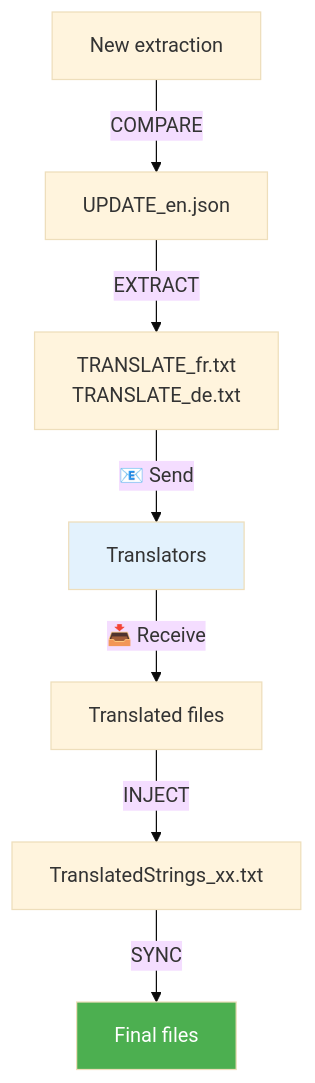
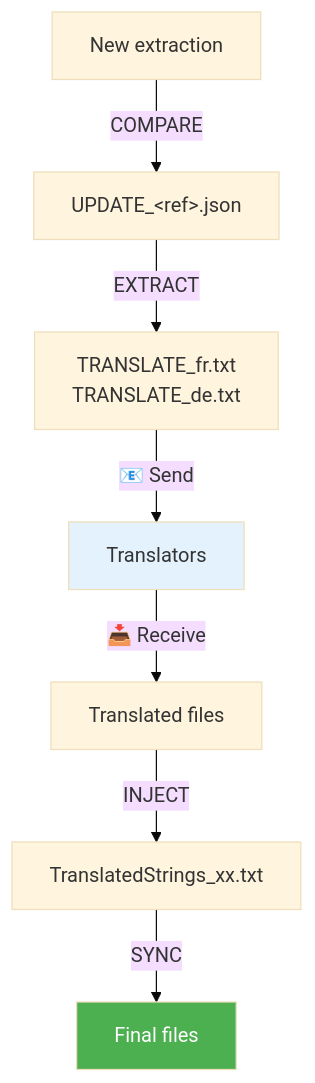
One commit to Gotcha26/Adobe_Lightroom_Translation_Plugins_Kit changed the tenth of 10 diagrams in tools/translator/__doc__/en/Translator_en.md. Above: the diagram before and after it, drawn with Mermaid (base theme). The commit also changed other lines of this file and 28 other files, not shown here.

````diff
--- a/tools/translator/__doc__/en/Translator_en.md
+++ b/tools/translator/__doc__/en/Translator_en.md
@@ -335,12 +339,12 @@
 ```mermaid
 flowchart TD
-    A["New extraction"] -->|COMPARE| B["UPDATE_en.json"]
+    A["New extraction"] -->|COMPARE| B["UPDATE_&lt;ref&gt;.json"]
     B -->|EXTRACT| C["TRANSLATE_fr.txt<br/>TRANSLATE_de.txt"]
     C -->|"📧 Send"| D["Translators"]
     D -->|"📥 Receive"| E["Translated files"]
     E -->|INJECT| F["TranslatedStrings_xx.txt"]
     F -->|SYNC| G["Final files"]
 
     style D fill:#E3F2FD
     style G fill:#4CAF50,color:#fff
 ```
````
